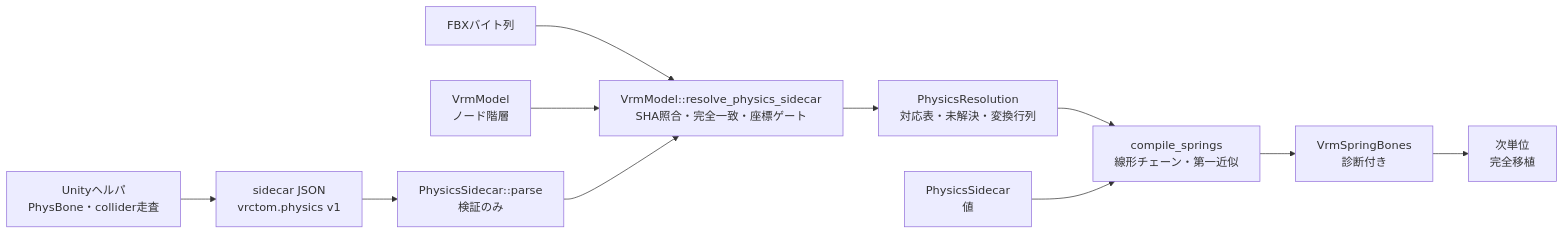
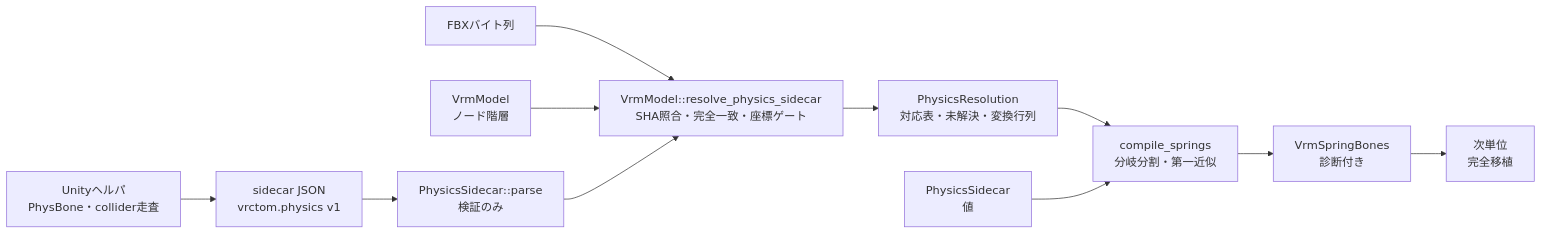
Before and after one commit to halby24/vrctom: the first of 2 diagrams in design/VRMスプリング.md, drawn with Mermaid. The commit also changed other lines of this file and 5 other files, not shown here.

````diff
--- a/design/VRMスプリング.md
+++ b/design/VRMスプリング.md
@@ -18,13 +18,13 @@
 ```mermaid
 flowchart LR
     helper[Unityヘルパ<br/>PhysBone・collider走査] --> json[sidecar JSON<br/>vrctom.physics v1]
     json --> parse[PhysicsSidecar::parse<br/>検証のみ]
     fbx[FBXバイト列] --> resolve[VrmModel::resolve_physics_sidecar<br/>SHA照合・完全一致・座標ゲート]
     model[VrmModel<br/>ノード階層] --> resolve
     parse --> resolve
     resolve --> out[PhysicsResolution<br/>対応表・未解決・変換行列]
-    out --> comp[compile_springs<br/>線形チェーン・第一近似]
+    out --> comp[compile_springs<br/>分岐分割・第一近似]
     sidecar2[PhysicsSidecar<br/>値] --> comp
     comp --> bones[VrmSpringBones<br/>診断付き]
     bones --> next[次単位<br/>完全移植]
 ```
````
